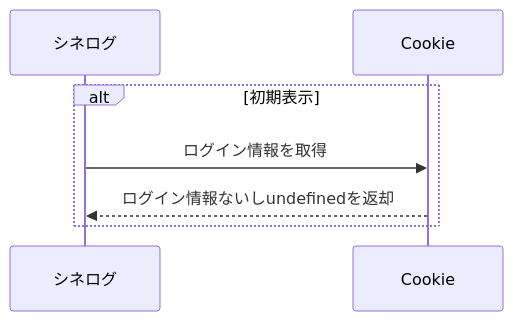
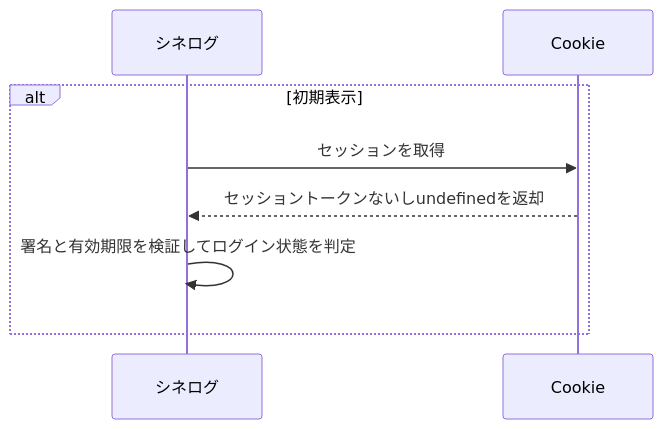
One commit to windchime-yk/cinelog changed the first of 6 diagrams in README.md. Above: the diagram before and after it, drawn with Mermaid. The commit also changed other lines of this file and 9 other files, not shown here.

````diff
--- a/README.md
+++ b/README.md
@@ -13,10 +20,11 @@
 ``` mermaid
 sequenceDiagram
   participant app as シネログ
   participant cookie as Cookie
 
   alt 初期表示
-    app ->> cookie : ログイン情報を取得
-    cookie -->> app : ログイン情報ないしundefinedを返却
+    app ->> cookie : セッションを取得
+    cookie -->> app : セッショントークンないしundefinedを返却
+    app ->> app : 署名と有効期限を検証してログイン状態を判定
   end
 ```
````
